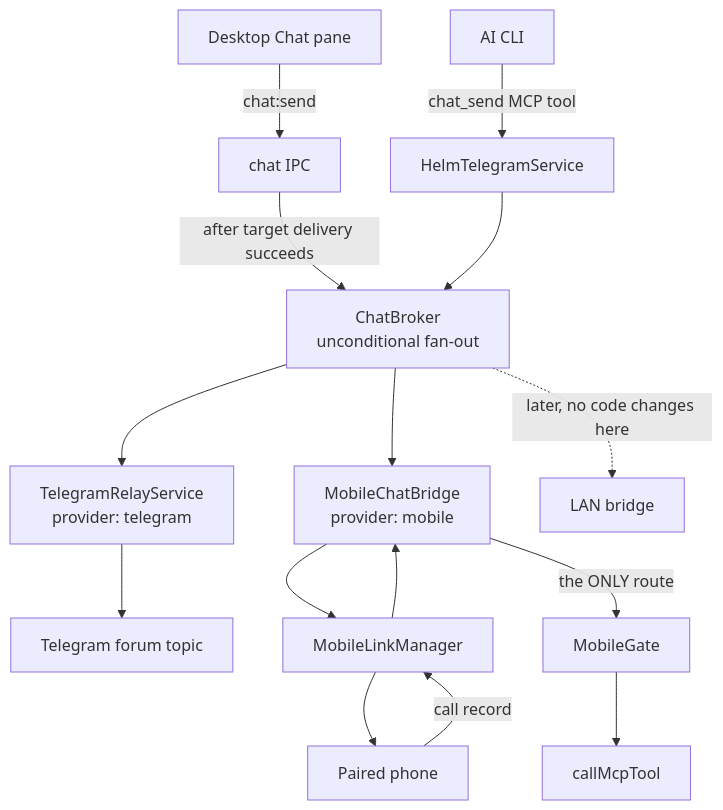
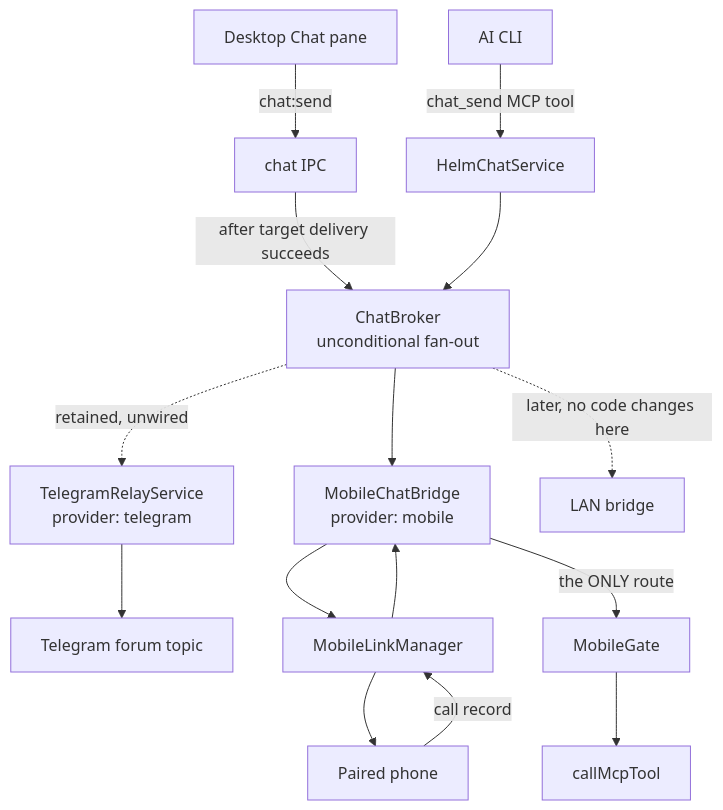
Before and after one commit to PetePeter/helm: the first of 7 diagrams in docs/chat-fan-out.md, drawn with Mermaid. The commit also changed other lines of this file and 47 other files, not shown here.

First line of the commit message:
refactor(mcp): remove Telegram MCP tools, IPC and preload channels (P-1185)

````diff
--- a/docs/chat-fan-out.md
+++ b/docs/chat-fan-out.md
@@ -20,15 +19,15 @@
 ```mermaid
 graph TB
     DESK[Desktop Chat pane] -->|chat:send| IPC[chat IPC]
     IPC -->|after target delivery succeeds| BROKER
-    CLI[AI CLI] -->|chat_send MCP tool| SVC[HelmTelegramService]
+    CLI[AI CLI] -->|chat_send MCP tool| SVC[HelmChatService]
     SVC --> BROKER[ChatBroker<br/>unconditional fan-out]
-    BROKER --> TG[TelegramRelayService<br/>provider: telegram]
     BROKER --> MOB[MobileChatBridge<br/>provider: mobile]
+    BROKER -.->|retained, unwired| TG[TelegramRelayService<br/>provider: telegram]
     BROKER -.->|later, no code changes here| LAN[LAN bridge]
     TG --> TOPIC[Telegram forum topic]
     MOB --> LINK[MobileLinkManager] --> PHONE[Paired phone]
 
     PHONE -->|call record| LINK --> MOB
     MOB -->|"the ONLY route"| GATE[MobileGate] --> MCP[callMcpTool]
 ```
````
